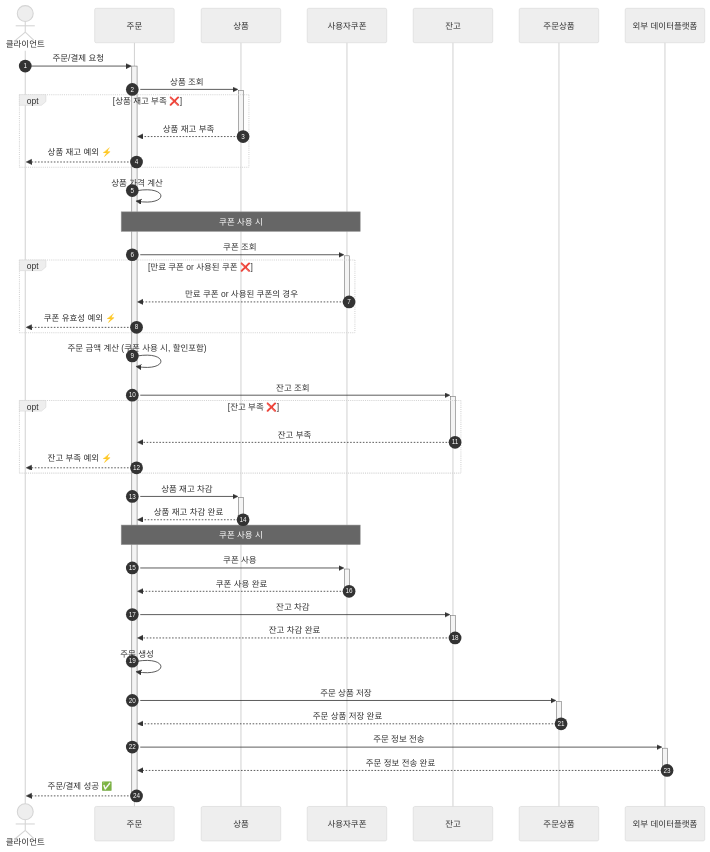
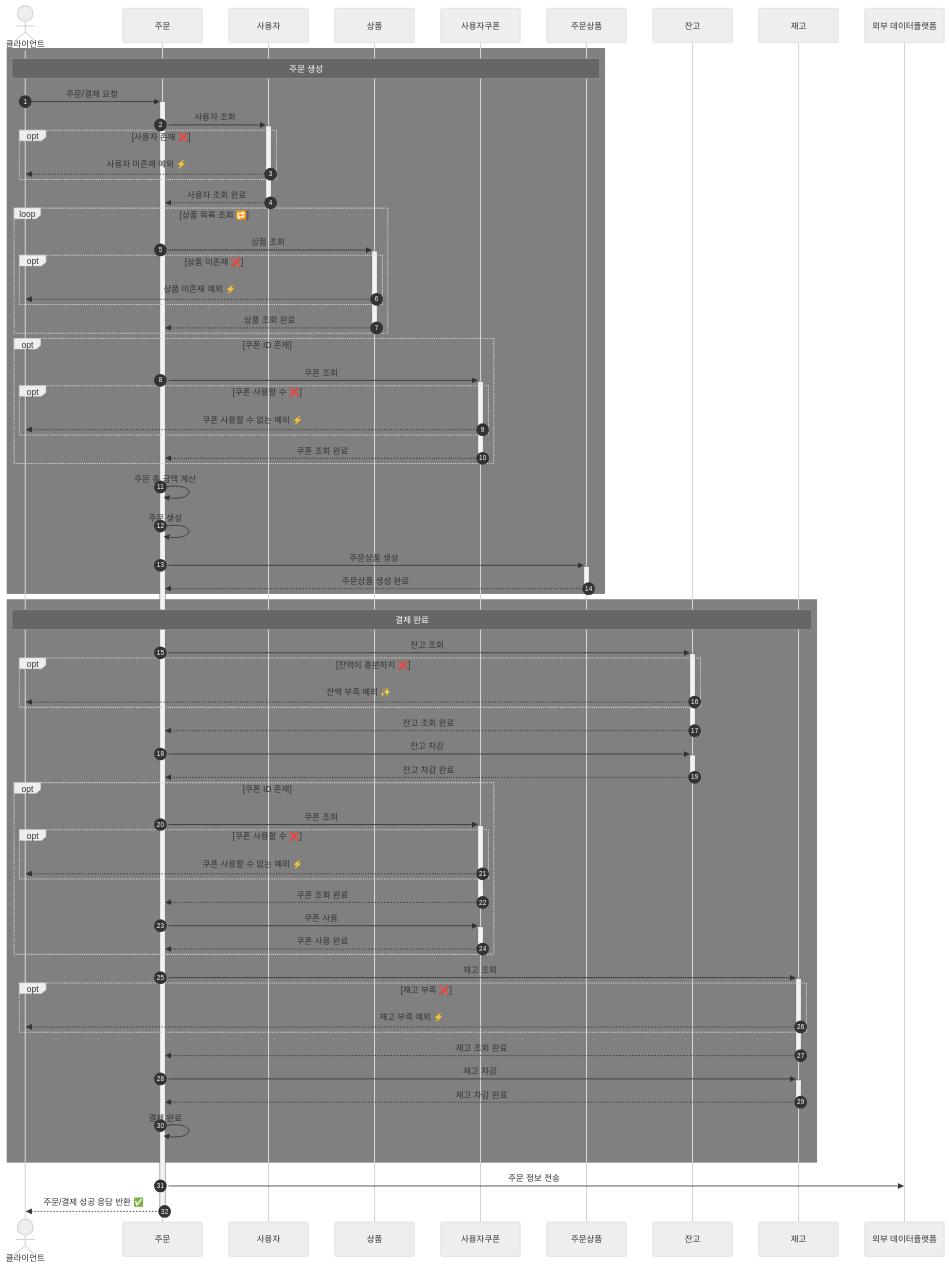
Before and after one commit to discphy/hhplus-e-commerce: the sixth of 7 diagrams in docs/architecture/03.SequenceDiagram.md, drawn with Mermaid (neutral theme). The commit also changed other lines of this file, not shown here.

Commit message:
[DOCS] 시퀀스 다이어그램 수정

````diff
--- a/docs/architecture/03.SequenceDiagram.md
+++ b/docs/architecture/03.SequenceDiagram.md
@@ -72,47 +215,90 @@
     autonumber
     actor 클라이언트
     participant 주문
+    participant 사용자
     participant 상품
     participant 쿠폰 AS 사용자쿠폰
+    participant 주문상품
     participant 잔고
-    participant 주문상품
+    participant 재고
     participant 외부 데이터플랫폼
-    클라이언트 ->>+ 주문: 주문/결제 요청
-    주문 ->>+ 상품: 상품 조회
 
-    opt 상품 재고 부족 ❌
-        상품 -->>- 주문: 상품 재고 부족
-        주문 -->> 클라이언트: 상품 재고 예외 ⚡️
+    rect GRAY
+        Note over 클라이언트, 주문상품: 주문 생성
+        클라이언트 ->>+ 주문: 주문/결제 요청
+        주문 ->>+ 사용자: 사용자 조회
+
+        opt 사용자 존재 ❌
+            사용자 -->> 클라이언트: 사용자 미존재 예외 ⚡️
+        end
+
+        사용자 -->>- 주문: 사용자 조회 완료
+
+        loop 상품 목록 조회 🔁
+            주문 ->>+ 상품: 상품 조회
+
+            opt 상품 미존재 ❌
+                상품 -->> 클라이언트: 상품 미존재 예외 ⚡️
+            end
+
+            상품 -->>- 주문: 상품 조회 완료
+        end
+
+        opt 쿠폰 ID 존재
+            주문 ->>+ 쿠폰: 쿠폰 조회
+
+            opt 쿠폰 사용할 수 ❌
+                쿠폰 -->> 클라이언트: 쿠폰 사용할 수 없는 예외 ⚡️
+            end
+
+            쿠폰 -->>- 주문: 쿠폰 조회 완료
+        end
+
+        주문 ->> 주문: 주문 총 금액 계산
+        주문 ->> 주문: 주문 생성
+        주문 ->>+ 주문상품: 주문상품 생성
+        주문상품 -->>- 주문: 주문상품 생성 완료
     end
 
-    주문 ->> 주문: 상품 가격 계산
-    Note over 주문, 쿠폰: 쿠폰 사용 시
+    rect GRAY
+    Note over 클라이언트, 재고: 결제 완료
+    주문 ->>+ 잔고: 잔고 조회
+    
+    opt 잔액이 충분하지 ❌
+    잔고 -->> 클라이언트: 잔액 부족 예외 ✨
+    end
+    
+    잔고 -->>- 주문: 잔고 조회 완료
+    
+    주문 ->>+ 잔고: 잔고 차감
+    잔고 -->>- 주문: 잔고 차감 완료
+    
+    opt 쿠폰 ID 존재
     주문 ->>+ 쿠폰: 쿠폰 조회
 
-    opt 만료 쿠폰 or 사용된 쿠폰 ❌
-        쿠폰 -->>- 주문: 만료 쿠폰 or 사용된 쿠폰의 경우
-        주문 -->> 클라이언트: 쿠폰 유효성 예외 ⚡️
+    opt 쿠폰 사용할 수 ❌
+        쿠폰 -->> 클라이언트: 쿠폰 사용할 수 없는 예외 ⚡️
     end
 
-    주문 ->> 주문: 주문 금액 계산 (쿠폰 사용 시, 할인포함)
-    주문 ->>+ 잔고: 잔고 조회
-
-    opt 잔고 부족 ❌
-        잔고 -->>- 주문: 잔고 부족
-        주문 -->> 클라이언트: 잔고 부족 예외 ⚡️
-    end
-
-    주문 ->>+ 상품: 상품 재고 차감
-    상품 -->>- 주문: 상품 재고 차감 완료
-    Note over 주문, 쿠폰: 쿠폰 사용 시
+    쿠폰 -->>- 주문: 쿠폰 조회 완료
     주문 ->>+ 쿠폰: 쿠폰 사용
     쿠폰 -->>- 주문: 쿠폰 사용 완료
-    주문 ->>+ 잔고: 잔고 차감
-    잔고 -->>- 주문: 잔고 차감 완료
-    주문 ->> 주문: 주문 생성
-    주문 ->>+ 주문상품: 주문 상품 저장
-    주문상품 -->>- 주문: 주문 상품 저장 완료
-    주문 ->>+ 외부 데이터플랫폼: 주문 정보 전송
-    외부 데이터플랫폼 -->>- 주문: 주문 정보 전송 완료
-    주문 -->>- 클라이언트: 주문/결제 성공 ✅ 
-```
+    end
+    
+    주문 ->>+ 재고: 재고 조회
+    
+    opt 재고 부족 ❌
+    재고 -->> 클라이언트: 재고 부족 예외 ⚡️
+    end
+    
+    재고 -->>- 주문: 재고 조회 완료
+    주문 ->>+ 재고: 재고 차감
+    재고 -->>- 주문: 재고 차감 완료
+    
+    주문 ->> 주문: 결제 완료
+    end
+    
+    주문 ->> 외부 데이터플랫폼: 주문 정보 전송
+    
+    주문 -->>- 클라이언트: 주문/결제 성공 응답 반환 ✅  
+``` 
````
